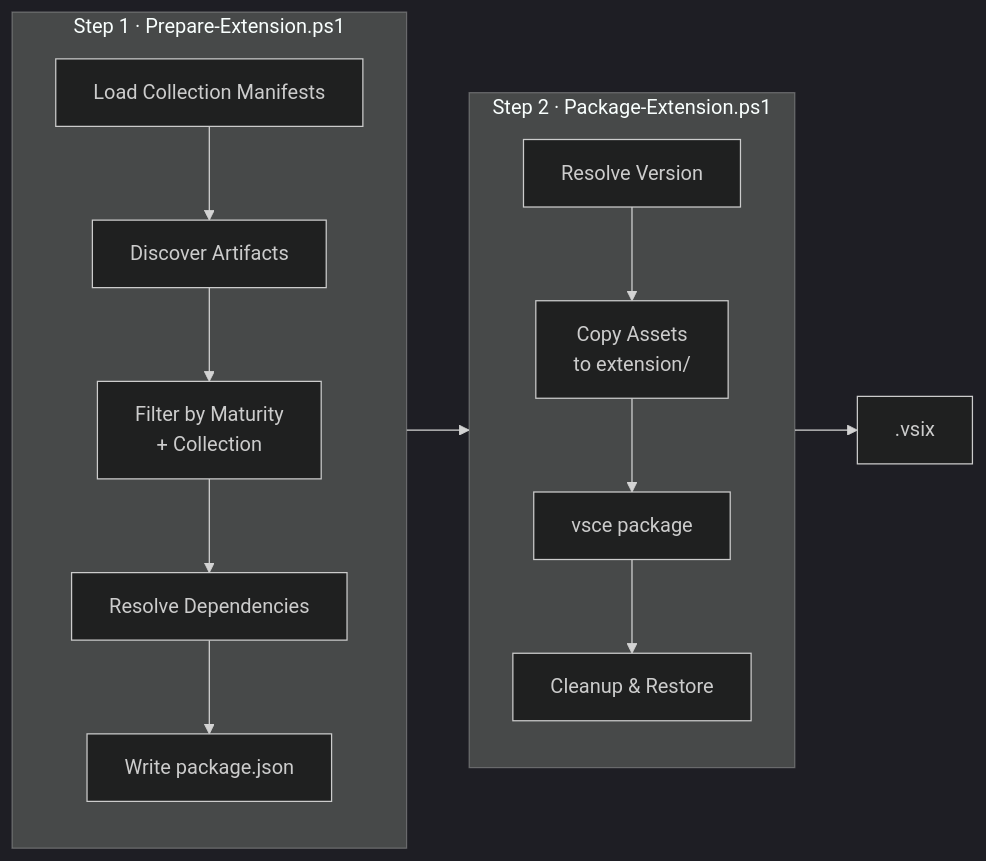
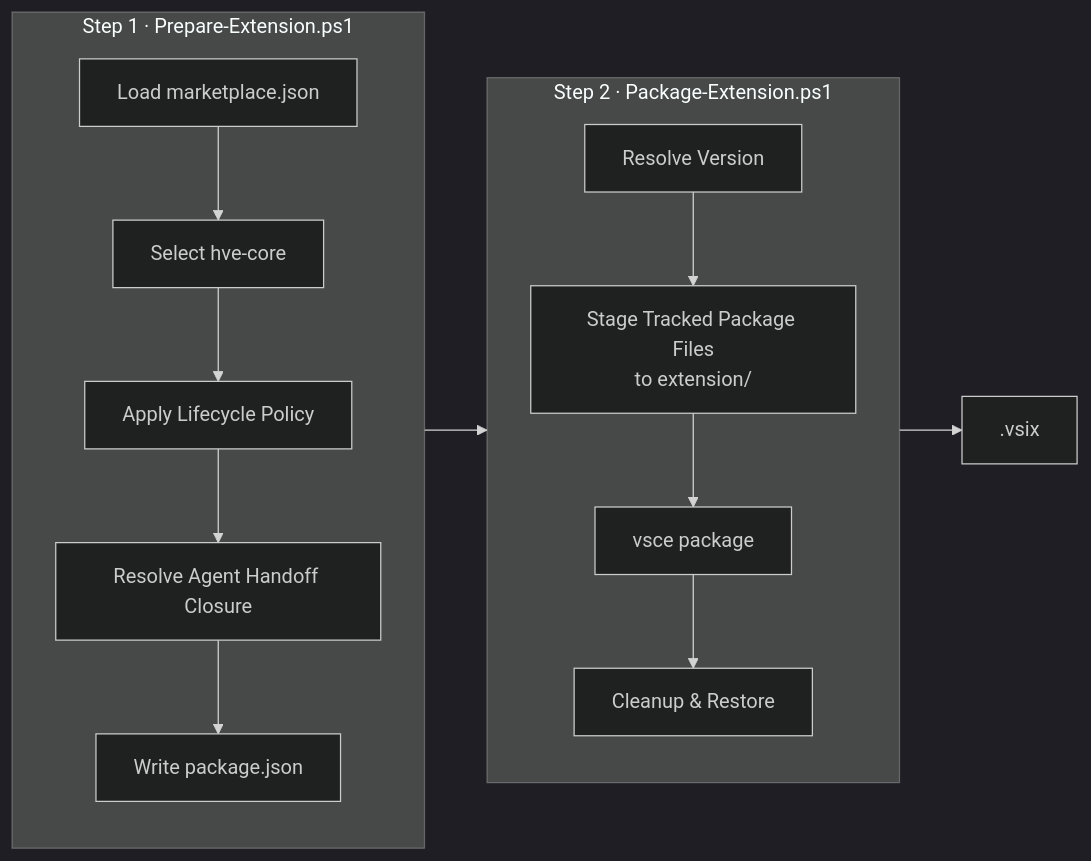
Before and after one commit to MohammedAlkindi/hve-core: the first of 3 diagrams in extension/PACKAGING.md, drawn with Mermaid (dark theme). The commit also changed other lines of this file and 999 other files, not shown here.

````diff
--- a/extension/PACKAGING.md
+++ b/extension/PACKAGING.md
@@ -68,17 +78,17 @@
 ```mermaid
 flowchart LR
     subgraph Prepare["Step 1 · Prepare-Extension.ps1"]
-        P1[Load Collection Manifests] --> P2[Discover Artifacts]
-        P2 --> P3["Filter by Maturity<br/>+ Collection"]
-        P3 --> P4[Resolve Dependencies]
+        P1[Load marketplace.json] --> P2[Select hve-core]
+        P2 --> P3[Apply Lifecycle Policy]
+        P3 --> P4[Resolve Agent Handoff Closure]
         P4 --> P5[Write package.json]
     end
 
     subgraph Package["Step 2 · Package-Extension.ps1"]
-        K1[Resolve Version] --> K2["Copy Assets<br/>to extension/"]
+        K1[Resolve Version] --> K2["Stage Tracked Package Files<br/>to extension/"]
         K2 --> K3[vsce package]
         K3 --> K4[Cleanup & Restore]
     end
 
     Prepare --> Package --> VSIX[".vsix"]
 ```
````
